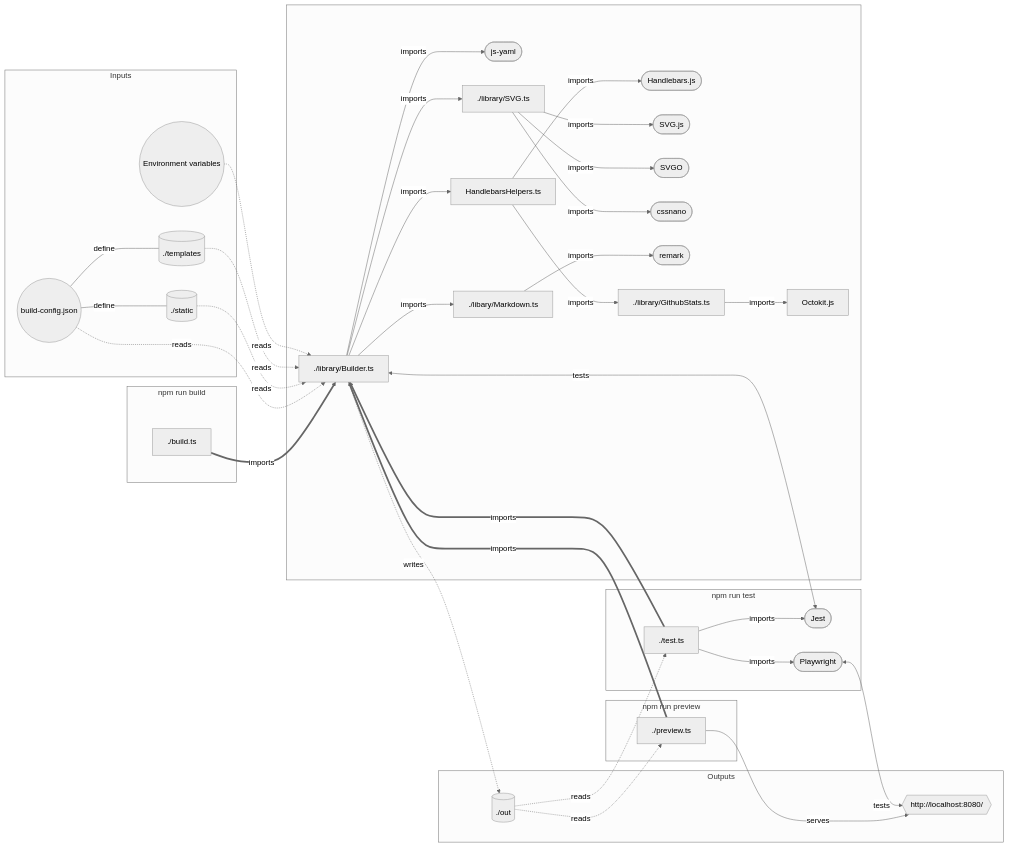
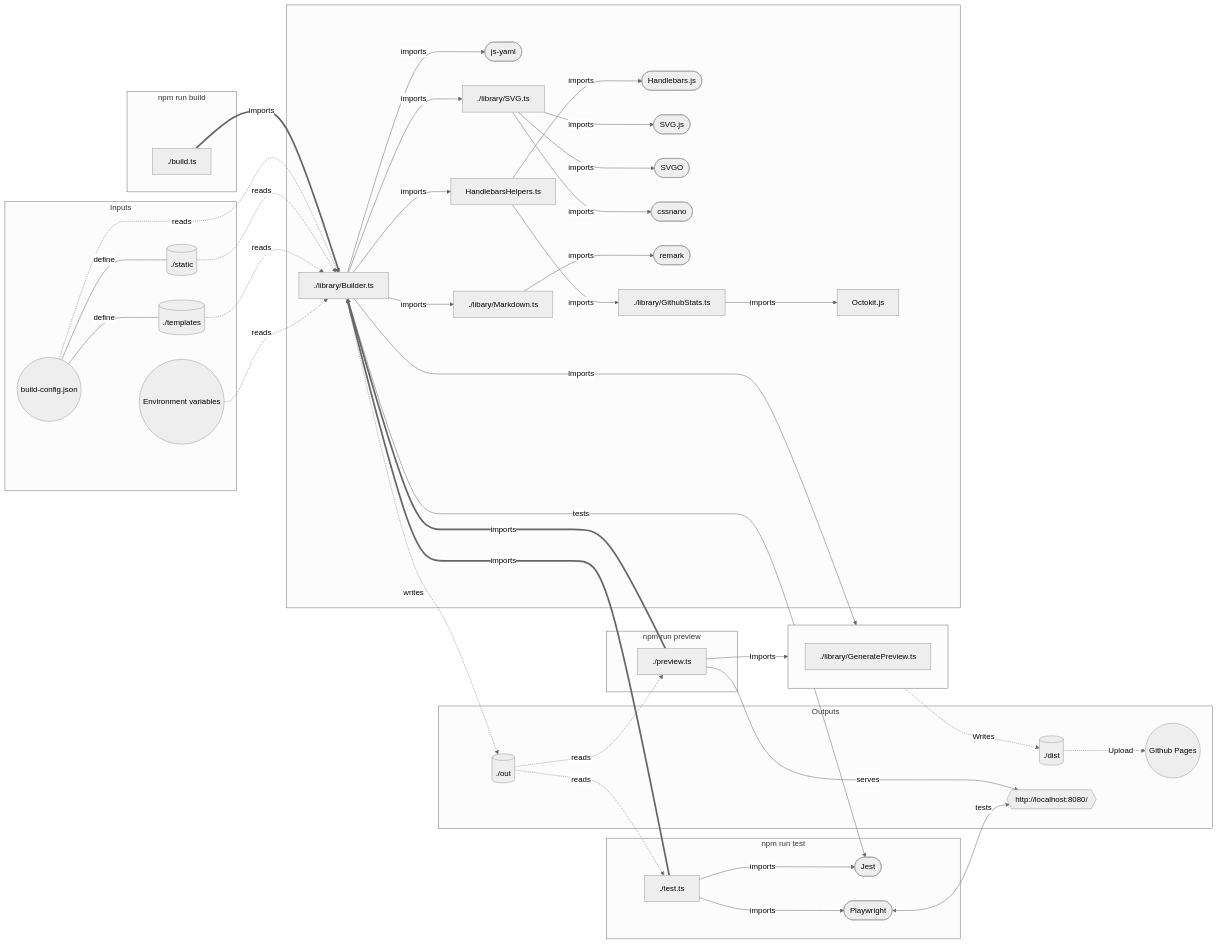
The diagram in src/ReadMe.md (dylanlangston/dylanlangston), drawn with Mermaid (neutral theme) before and after one commit. The commit also changed 6 other files, not shown here.

Commit message:
generate preview for deploying to github pages

```diff
--- a/src/ReadMe.md
+++ b/src/ReadMe.md
@@ -152,6 +152,15 @@
       U([Playwright])
     end
 
+    subgraph "generatepreview" [ ]
+      GP[./library/GeneratePreview.ts]
+    end
+
+    T -->|Imports| generatepreview
+    B -->|Imports| generatepreview
+    generatepreview -.->|Writes| dist
+    dist -.->|Upload| pages
+
     subgraph "logic" [ ]
       B[./library/Builder.ts]
       K([js-yaml])
@@ -170,6 +179,8 @@
     subgraph "out" [Outputs]
       S{{"http://localhost:8080/"}}
       J[("`./out`")]
+      dist[("`./dist`")]
+      pages(("Github Pages"))
     end
 
     build ~~~ logic
```
